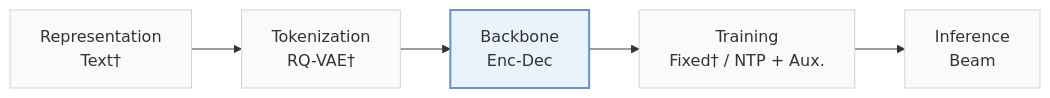
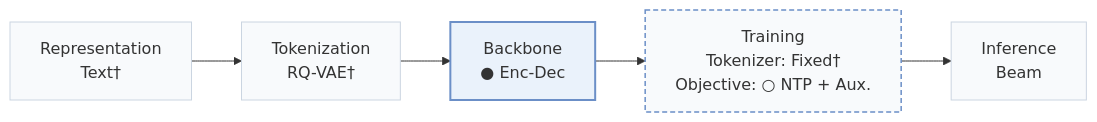
One commit to Galaxy-ghost/Awesome-SID-Generative-Rec changed the first of 2 diagrams in pages/papers/lion.md. Above: the diagram before and after it, drawn with Mermaid. The commit also changed other lines of this file and 558 other files, not shown here.

````diff
--- a/pages/papers/lion.md
+++ b/pages/papers/lion.md
@@ -15,8 +18,10 @@
 ```mermaid
 flowchart LR
-    R["Representation<br/>Text†"] --> T["Tokenization<br/>RQ-VAE†"] --> B["Backbone<br/>Enc-Dec"] --> TR["Training<br/>Fixed† / NTP + Aux."] --> I["Inference<br/>Beam"]
+    R["Representation<br/>Text†"] --> T["Tokenization<br/>RQ-VAE†"] --> B["Backbone<br/>● Enc-Dec"] --> TR["Training<br/>Tokenizer: Fixed†<br/>Objective: ○ NTP + Aux."] --> I["Inference<br/>Beam"]
     classDef base fill:#f8fafc,stroke:#cbd5e1
     class R,T,B,TR,I base
+    classDef other fill:#f8fafc,stroke:#6b8fc7,stroke-width:1.5px,stroke-dasharray:5 3
+    class TR other
     classDef main fill:#eaf2fb,stroke:#6b8fc7,stroke-width:2px
     class B main
 ```
````
